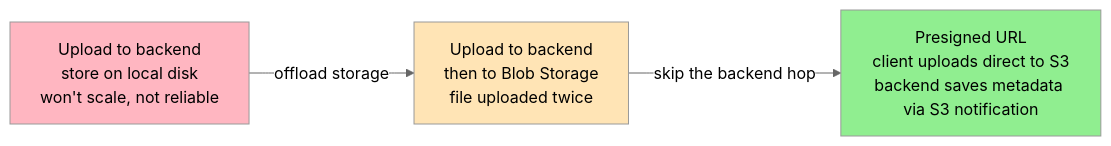
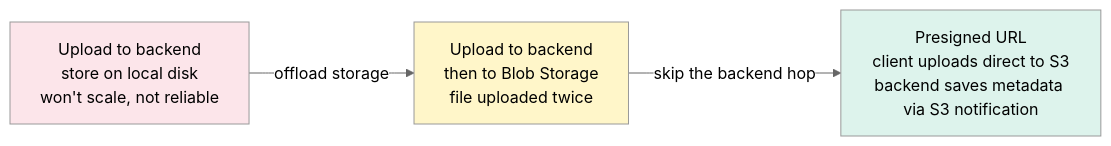
The first of 3 diagrams in LLD/SystemDesign/ProblemBreakdowns/Dropbox.md (cartmancodes/InterviewVault), drawn with Mermaid (neutral theme) before and after one commit. The commit also changed 679 other files, not shown here.

Commit message:
Unify content diagrams and add accessible visual walkthroughs

````diff
--- a/LLD/SystemDesign/ProblemBreakdowns/Dropbox.md
+++ b/LLD/SystemDesign/ProblemBreakdowns/Dropbox.md
@@ -193,9 +193,9 @@
 ```mermaid
 graph LR
     A["Upload to backend<br/>store on local disk<br/>won't scale, not reliable"] -->|"offload storage"| B["Upload to backend<br/>then to Blob Storage<br/>file uploaded twice"]
     B -->|"skip the backend hop"| C["Presigned URL<br/>client uploads direct to S3<br/>backend saves metadata via S3 notification"]
 
-    style A fill:#FFB6C1
-    style B fill:#FFE4B5
-    style C fill:#90EE90
+    style A fill:#FCE5EA
+    style B fill:#FFF6C9
+    style C fill:#DDF3EC
 ```
````
